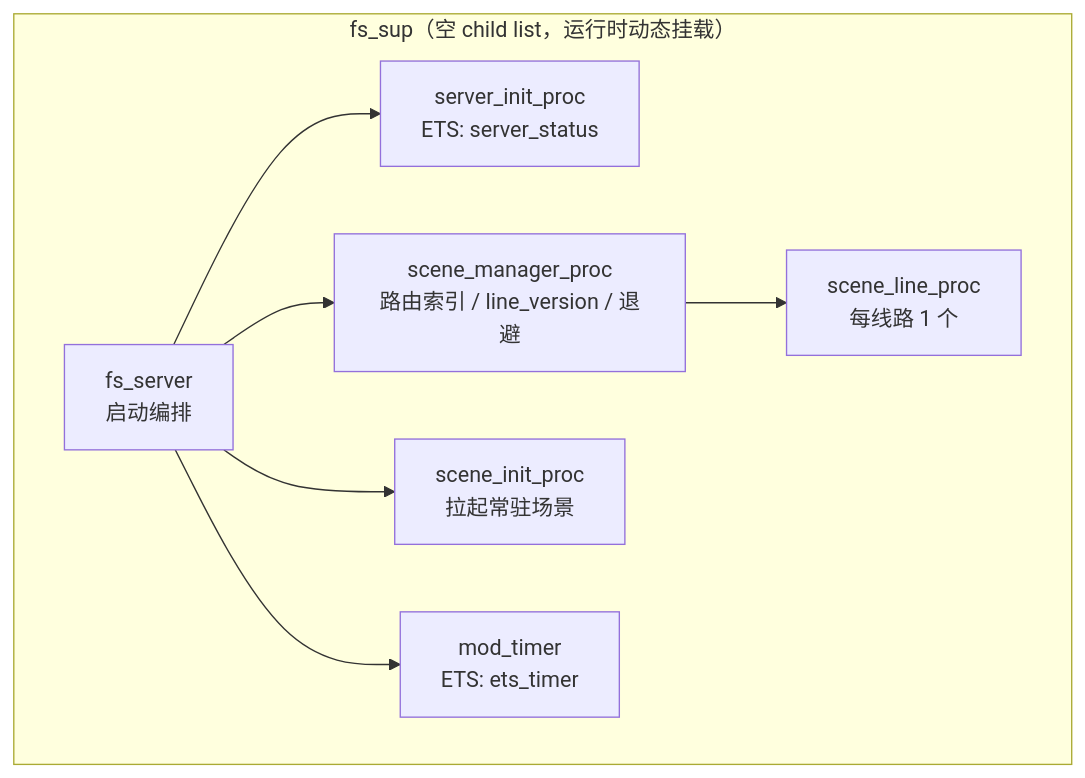
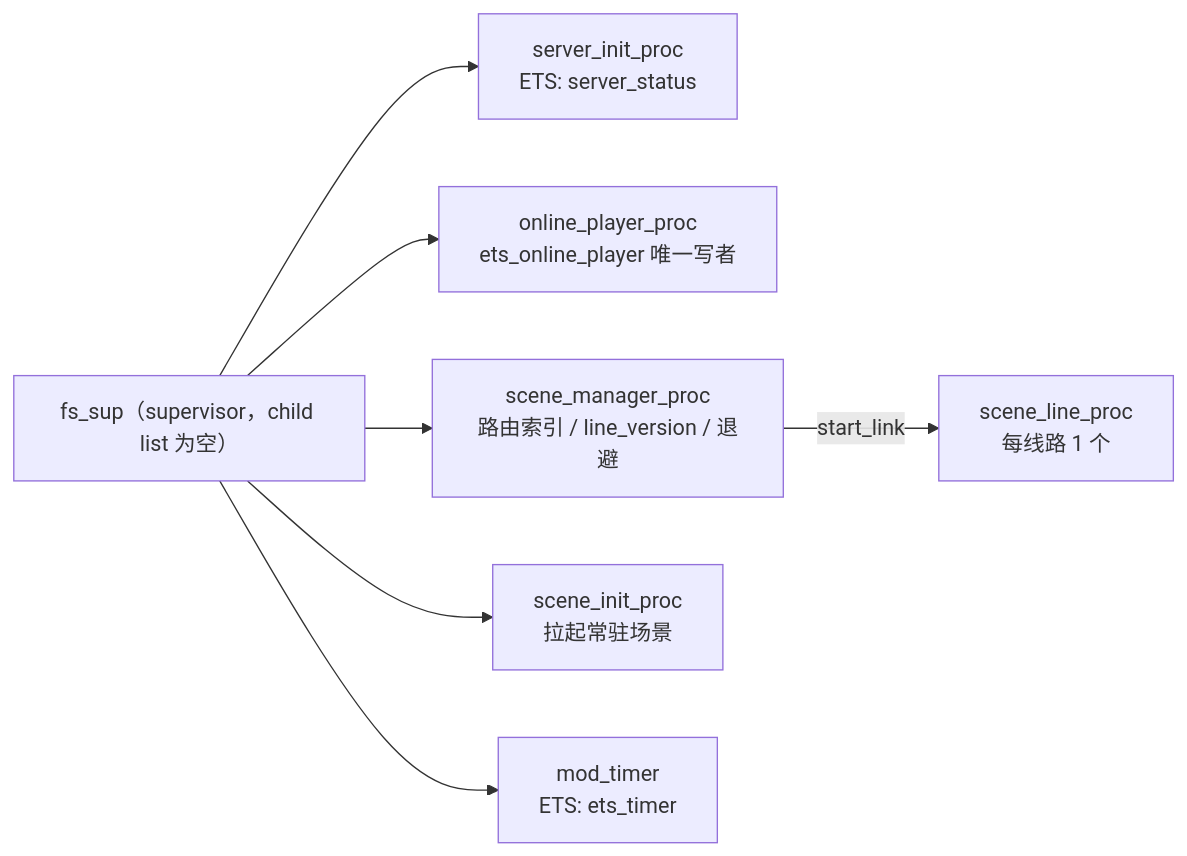
One commit to alex-linxs/alex-linxs.github.io changed the first of 5 diagrams in _posts/2026-11-12-fs-mmo-server-whitepaper.markdown. Above: the diagram before and after it, drawn with Mermaid. The commit also changed other lines of this file, not shown here.

Commit message:
post: correct process tree (5 supervised children; fs_server is bootstrap fn)

````diff
--- a/_posts/2026-11-12-fs-mmo-server-whitepaper.markdown
+++ b/_posts/2026-11-12-fs-mmo-server-whitepaper.markdown
@@ -87,11 +90,9 @@
 ```mermaid
-flowchart TB
-  subgraph FSSUP["fs_sup（空 child list，运行时动态挂载）"]
-    SRV["fs_server<br/>启动编排"]
-    SRV --> INIT["server_init_proc<br/>ETS: server_status"]
-    SRV --> MGR["scene_manager_proc<br/>路由索引 / line_version / 退避"]
-    SRV --> SCEINIT["scene_init_proc<br/>拉起常驻场景"]
-    SRV --> TIMER["mod_timer<br/>ETS: ets_timer"]
-    MGR --> LINE["scene_line_proc<br/>每线路 1 个"]
-  end
+flowchart LR
+  FSSUP["fs_sup（supervisor，child list 为空）"] --> INIT["server_init_proc<br/>ETS: server_status"]
+  FSSUP --> ONLINE["online_player_proc<br/>ets_online_player 唯一写者"]
+  FSSUP --> MGR["scene_manager_proc<br/>路由索引 / line_version / 退避"]
+  FSSUP --> SCEINIT["scene_init_proc<br/>拉起常驻场景"]
+  FSSUP --> TIMER["mod_timer<br/>ETS: ets_timer"]
+  MGR -->|"start_link"| LINE["scene_line_proc<br/>每线路 1 个"]
 ```
````
